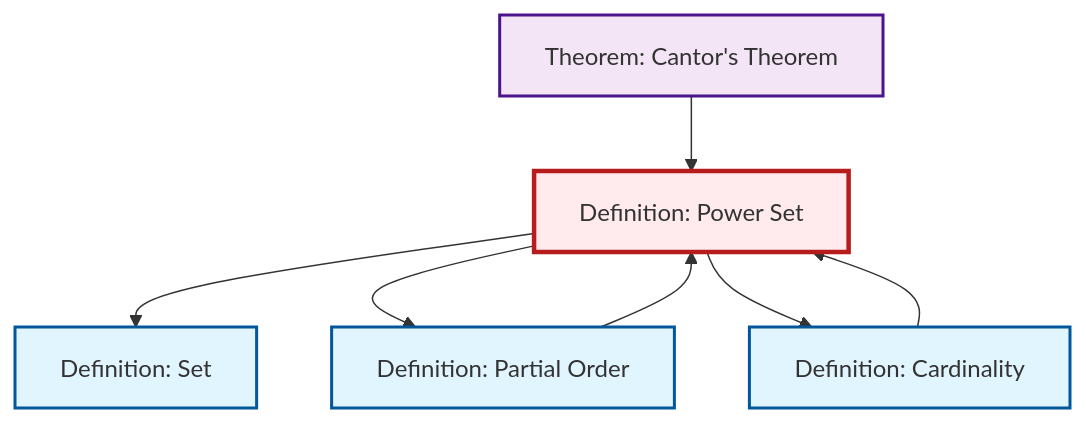
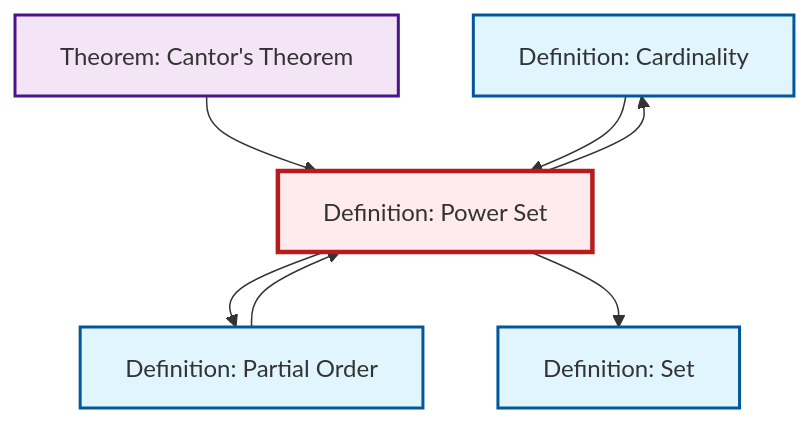
One commit to RK0429/ModernMath changed the second of 2 diagrams in content/en/logic-set-theory/def-power-set.qmd. Above: the diagram before and after it, drawn with Mermaid. The commit also changed other lines of this file and 1069 other files, not shown here.

````diff
--- a/content/en/logic-set-theory/def-power-set.qmd
+++ b/content/en/logic-set-theory/def-power-set.qmd
@@ -69,25 +69,25 @@
 ```{mermaid}
 %%| fig-cap: "Local dependency graph"
 graph TD
     classDef definition fill:#e1f5fe,stroke:#01579b,stroke-width:2px
     classDef theorem fill:#f3e5f5,stroke:#4a148c,stroke-width:2px
     classDef axiom fill:#fff3e0,stroke:#e65100,stroke-width:2px
     classDef example fill:#e8f5e9,stroke:#1b5e20,stroke-width:2px
     classDef current fill:#ffebee,stroke:#b71c1c,stroke-width:3px
     def-set["Definition: Set"]:::definition
-    def-power-set["Definition: Power Set"]:::definition
     def-cardinality["Definition: Cardinality"]:::definition
     thm-cantor["Theorem: Cantor's Theorem"]:::theorem
     def-partial-order["Definition: Partial Order"]:::definition
-    def-cardinality --> def-power-set
+    def-power-set["Definition: Power Set"]:::definition
     def-partial-order --> def-power-set
+    def-power-set --> def-partial-order
     def-power-set --> def-set
-    def-power-set --> def-partial-order
     def-power-set --> def-cardinality
     thm-cantor --> def-power-set
+    def-cardinality --> def-power-set
     class def-power-set current
     click def-set "def-set.html" "Go to Set definition"
     click def-cardinality "def-cardinality.html" "Go to Cardinality definition"
     click thm-cantor "thm-cantor.html" "Go to Cantor's Theorem theorem"
     click def-partial-order "def-partial-order.html" "Go to Partial Order definition"
 ```
````
